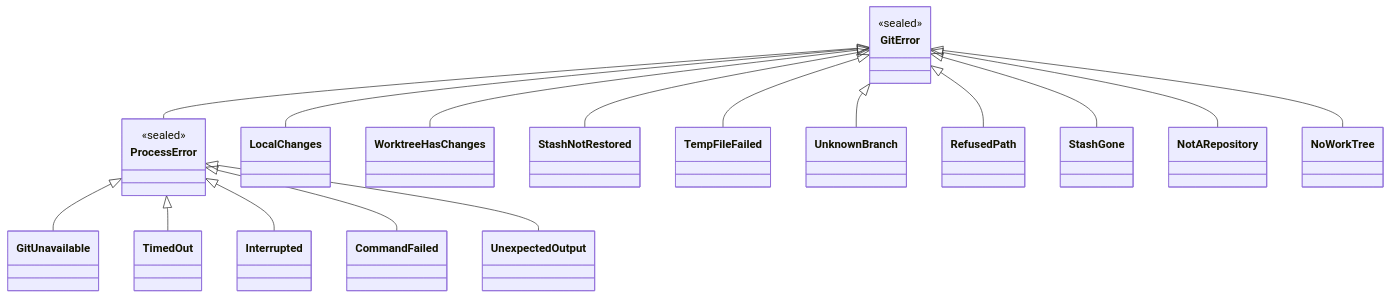
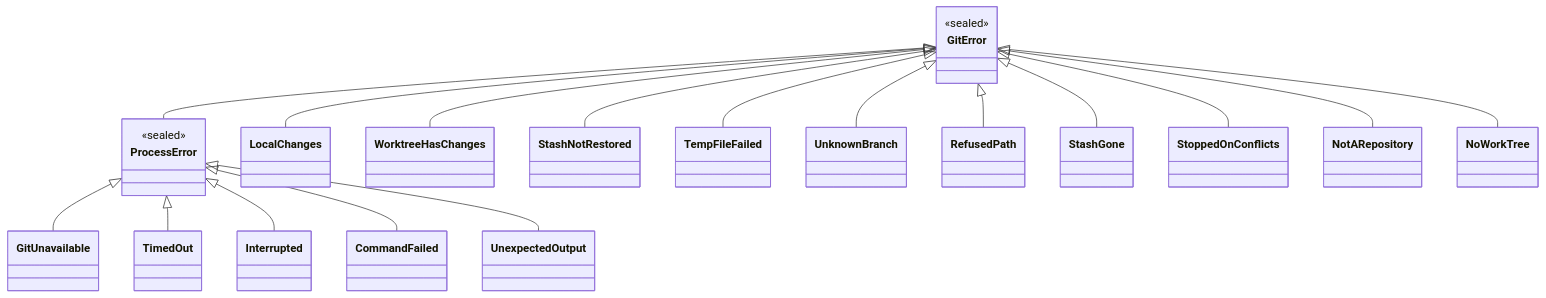
The fifth of 7 diagrams in ARCHITECTURE.md (cvanfleteren/jazygit), drawn with Mermaid before and after one commit. The commit also changed other lines of this file and 34 other files, not shown here.

````diff
--- a/ARCHITECTURE.md
+++ b/ARCHITECTURE.md
@@ -461,27 +462,28 @@
 ```mermaid
 classDiagram
     direction BT
     class GitError {
         <<sealed>>
     }
     class ProcessError {
         <<sealed>>
     }
 
     ProcessError --|> GitError
 
     GitUnavailable --|> ProcessError
     TimedOut --|> ProcessError
     Interrupted --|> ProcessError
     CommandFailed --|> ProcessError
     UnexpectedOutput --|> ProcessError
     LocalChanges --|> GitError
     WorktreeHasChanges --|> GitError
     StashNotRestored --|> GitError
     TempFileFailed --|> GitError
     UnknownBranch --|> GitError
     RefusedPath --|> GitError
     StashGone --|> GitError
+    StoppedOnConflicts --|> GitError
     NotARepository --|> GitError
     NoWorkTree --|> GitError
 ```
````
